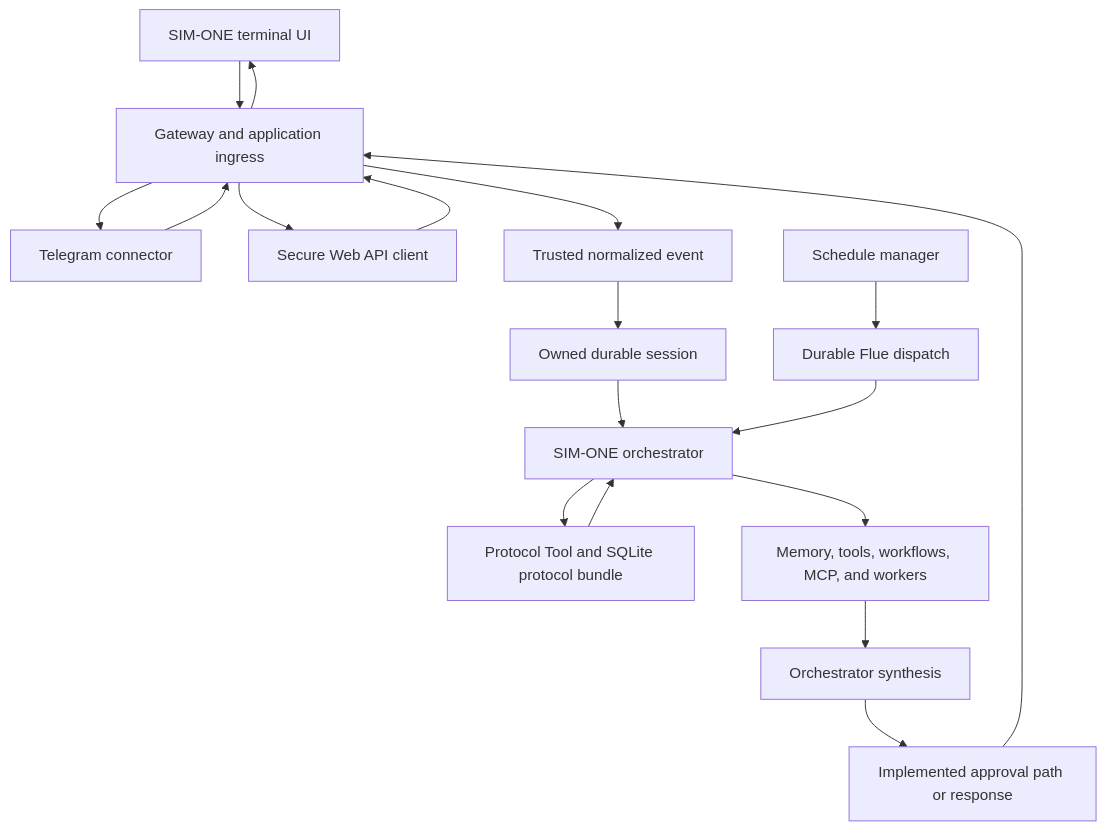
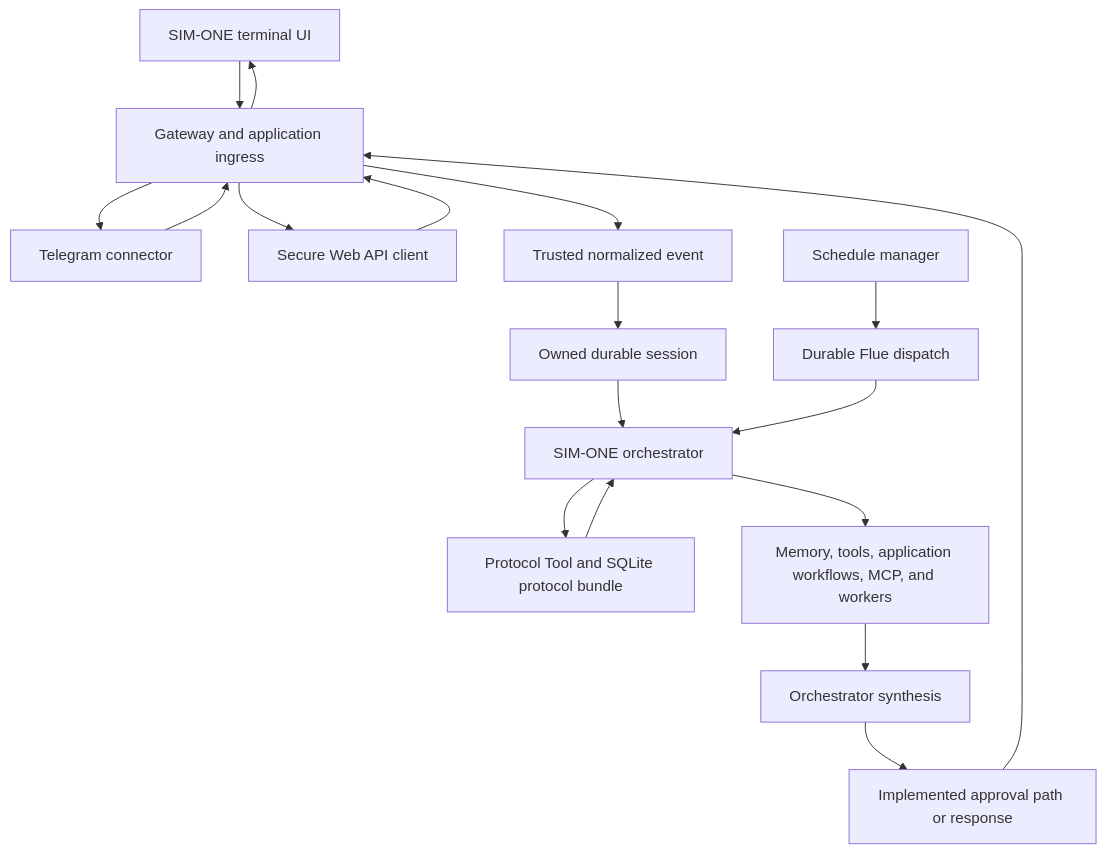
The diagram in docs/architecture/product-flow.md (dansasser/astro-flue-agent), drawn with Mermaid before and after one commit. The commit also changed other lines of this file and 36 other files, not shown here.

````diff
--- a/docs/architecture/product-flow.md
+++ b/docs/architecture/product-flow.md
@@ -37,25 +37,25 @@
 ```mermaid
 flowchart TD
     TUI["SIM-ONE terminal UI"]
     Telegram["Telegram connector"]
     API["Secure Web API client"]
     Schedule["Schedule manager"]
 
     TUI --> Gateway["Gateway and application ingress"]
     Telegram --> Gateway
     API --> Gateway
     Schedule --> Dispatch["Durable Flue dispatch"]
     Gateway --> Event["Trusted normalized event"]
     Event --> Session["Owned durable session"]
     Session --> Orchestrator["SIM-ONE orchestrator"]
     Dispatch --> Orchestrator
     Orchestrator --> Protocols["Protocol Tool and SQLite protocol bundle"]
     Protocols --> Orchestrator
-    Orchestrator --> Capabilities["Memory, tools, workflows, MCP, and workers"]
+    Orchestrator --> Capabilities["Memory, tools, application workflows, MCP, and workers"]
     Capabilities --> Validation["Orchestrator synthesis"]
     Validation --> Outcome["Implemented approval path or response"]
     Outcome --> Gateway
     Gateway --> TUI
     Gateway --> Telegram
     Gateway --> API
 ```
````
